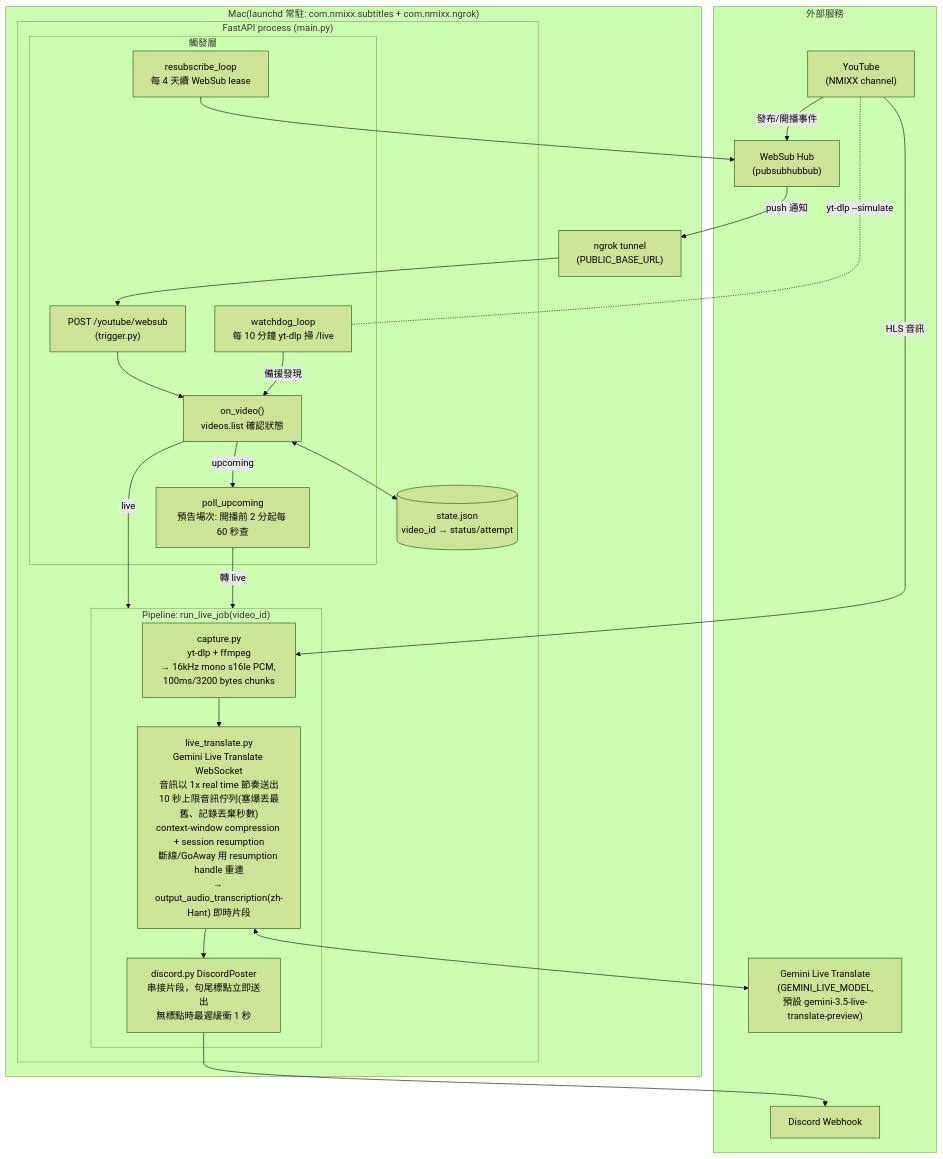
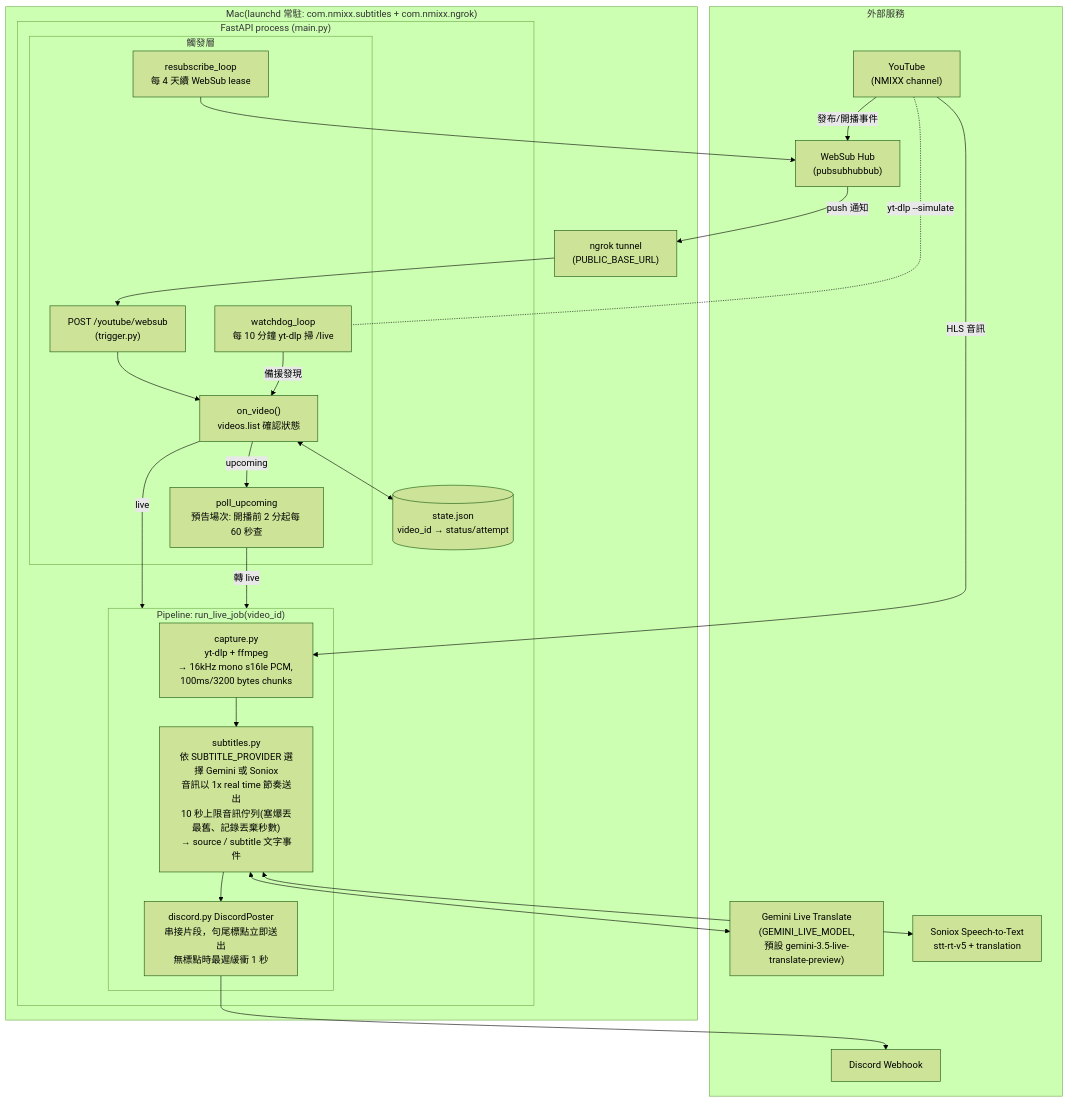
One commit to little-air-1019/nmixx-live-subtitles changed the diagram in ARCHITECTURE.md. Above: the diagram before and after it, drawn with Mermaid (forest theme). The commit also changed other lines of this file and 14 other files, not shown here.

Commit message:
feat: add Soniox live subtitles with English passthrough

````diff
--- a/ARCHITECTURE.md
+++ b/ARCHITECTURE.md
@@ -6,43 +6,45 @@
 ```mermaid
 flowchart TB
     subgraph EXT["外部服務"]
         YT["YouTube<br/>(NMIXX channel)"]
         HUB["WebSub Hub<br/>(pubsubhubbub)"]
         GEMINI["Gemini Live Translate<br/>(GEMINI_LIVE_MODEL,<br/>預設 gemini-3.5-live-translate-preview)"]
+        SONIOX["Soniox Speech-to-Text<br/>stt-rt-v5 + translation"]
         DC["Discord Webhook"]
     end
 
     subgraph MAC["Mac(launchd 常駐: com.nmixx.subtitles + com.nmixx.ngrok)"]
         NGROK["ngrok tunnel<br/>(PUBLIC_BASE_URL)"]
 
         subgraph APP["FastAPI process (main.py)"]
             subgraph TRIG["觸發層"]
                 WS["POST /youtube/websub<br/>(trigger.py)"]
                 WD["watchdog_loop<br/>每 10 分鐘 yt-dlp 掃 /live"]
                 RESUB["resubscribe_loop<br/>每 4 天續 WebSub lease"]
                 OV["on_video()<br/>videos.list 確認狀態"]
                 UP["poll_upcoming<br/>預告場次: 開播前 2 分起每 60 秒查"]
             end
 
             subgraph PIPE["Pipeline: run_live_job(video_id)"]
                 CAP["capture.py<br/>yt-dlp + ffmpeg<br/>→ 16kHz mono s16le PCM, 100ms/3200 bytes chunks"]
-                LIVE["live_translate.py<br/>Gemini Live Translate WebSocket<br/>音訊以 1x real time 節奏送出<br/>10 秒上限音訊佇列(塞爆丟最舊、記錄丟棄秒數)<br/>context-window compression + session resumption<br/>斷線/GoAway 用 resumption handle 重連<br/>→ output_audio_transcription(zh-Hant) 即時片段"]
+                LIVE["subtitles.py<br/>依 SUBTITLE_PROVIDER 選擇 Gemini 或 Soniox<br/>音訊以 1x real time 節奏送出<br/>10 秒上限音訊佇列(塞爆丟最舊、記錄丟棄秒數)<br/>→ source / subtitle 文字事件"]
                 POST["discord.py DiscordPoster<br/>串接片段，句尾標點立即送出<br/>無標點時最遲緩衝 1 秒"]
             end
 
             ST[("state.json<br/>video_id → status/attempt")]
         end
     end
 
     YT -- "發布/開播事件" --> HUB
     HUB -- "push 通知" --> NGROK --> WS
     WS --> OV
     WD -- "備援發現" --> OV
     YT -. "yt-dlp --simulate" .- WD
     OV -- "live" --> PIPE
     OV -- "upcoming" --> UP -- "轉 live" --> PIPE
     OV <--> ST
     YT -- "HLS 音訊" --> CAP --> LIVE --> POST --> DC
     LIVE <--> GEMINI
+    LIVE <--> SONIOX
     RESUB --> HUB
 ```
````
